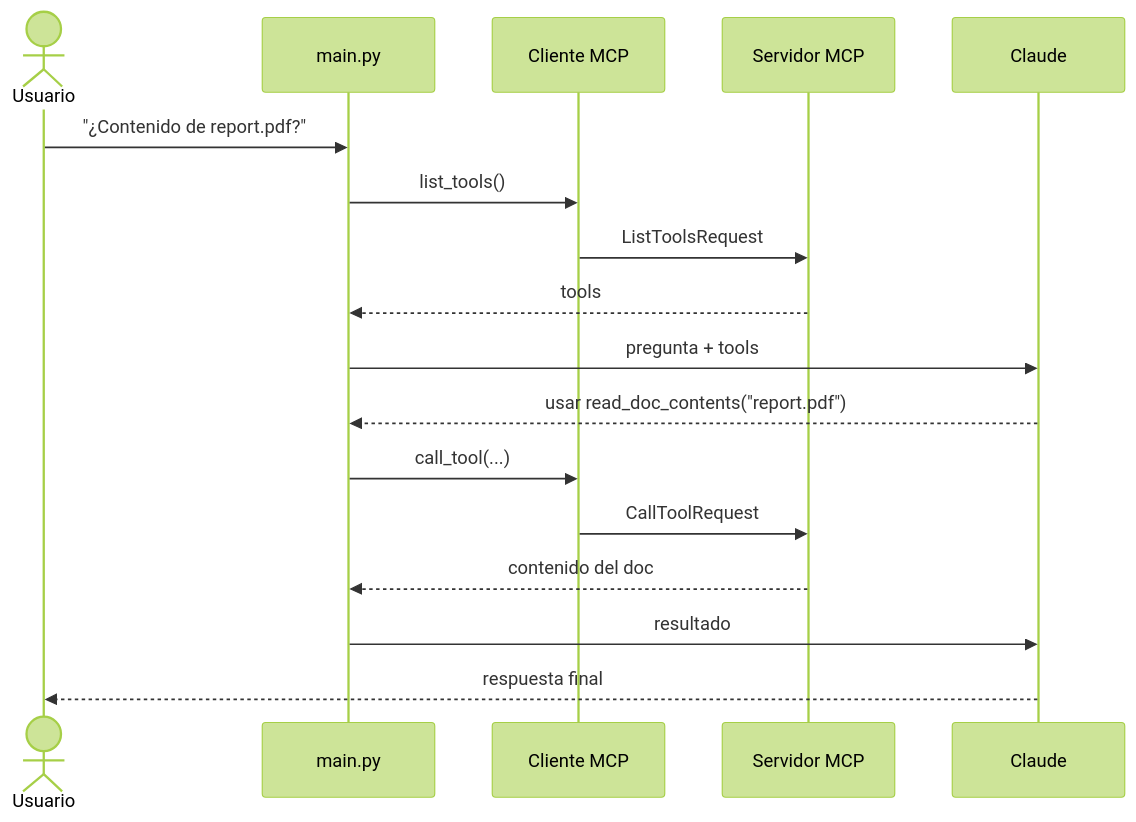
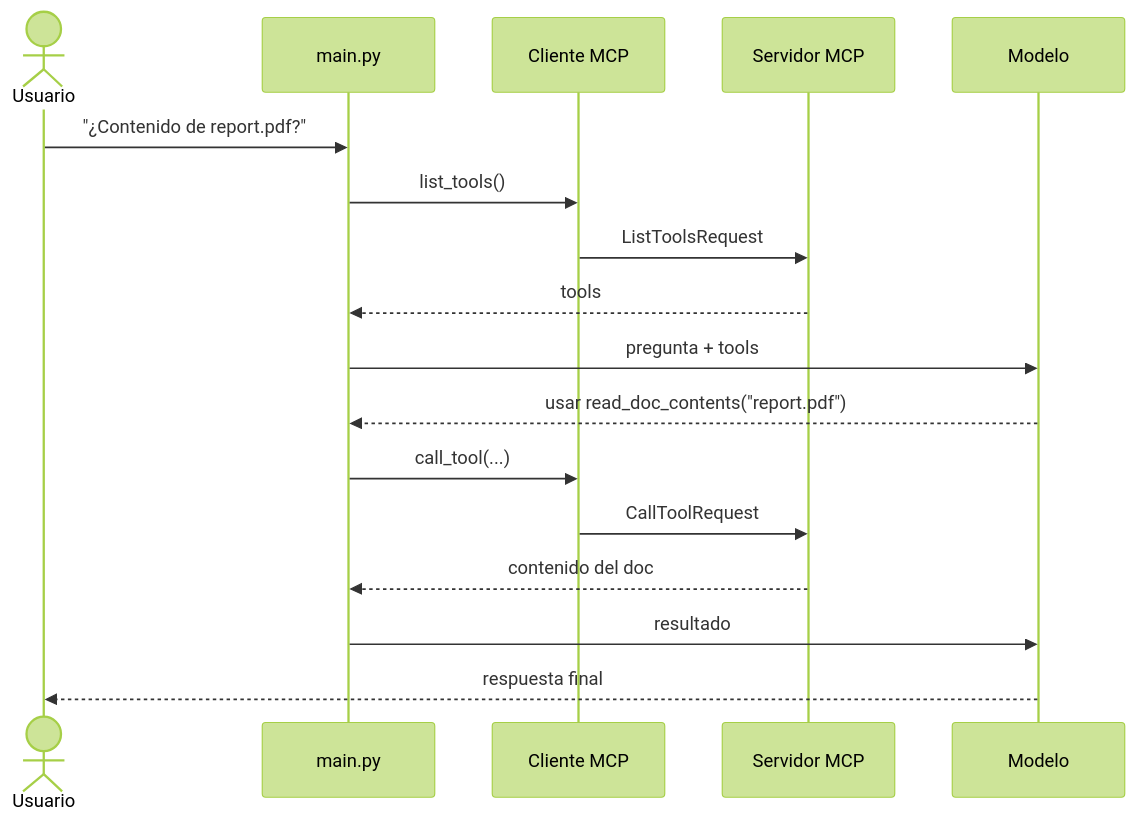
Before and after one commit to alvarezleonardo/MCP: the second of 2 diagrams in Introduction to Model Context Protocol/04-cliente-mcp.md, drawn with Mermaid (forest theme). The commit also changed other lines of this file and 14 other files, not shown here.

````diff
--- a/Introduction to Model Context Protocol/04-cliente-mcp.md
+++ b/Introduction to Model Context Protocol/04-cliente-mcp.md
@@ -80,20 +80,20 @@
 ```mermaid
 sequenceDiagram
     actor U as Usuario
     participant App as main.py
     participant Cli as Cliente MCP
     participant Srv as Servidor MCP
-    participant Cl as Claude
+    participant Cl as Modelo
 
     U->>App: "¿Contenido de report.pdf?"
     App->>Cli: list_tools()
     Cli->>Srv: ListToolsRequest
     Srv-->>App: tools
     App->>Cl: pregunta + tools
     Cl-->>App: usar read_doc_contents("report.pdf")
     App->>Cli: call_tool(...)
     Cli->>Srv: CallToolRequest
     Srv-->>App: contenido del doc
     App->>Cl: resultado
     Cl-->>U: respuesta final
 ```
````
